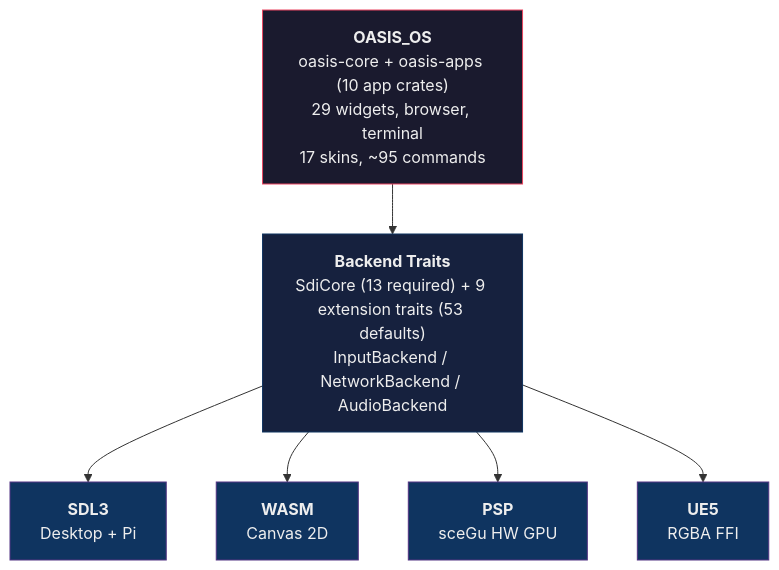
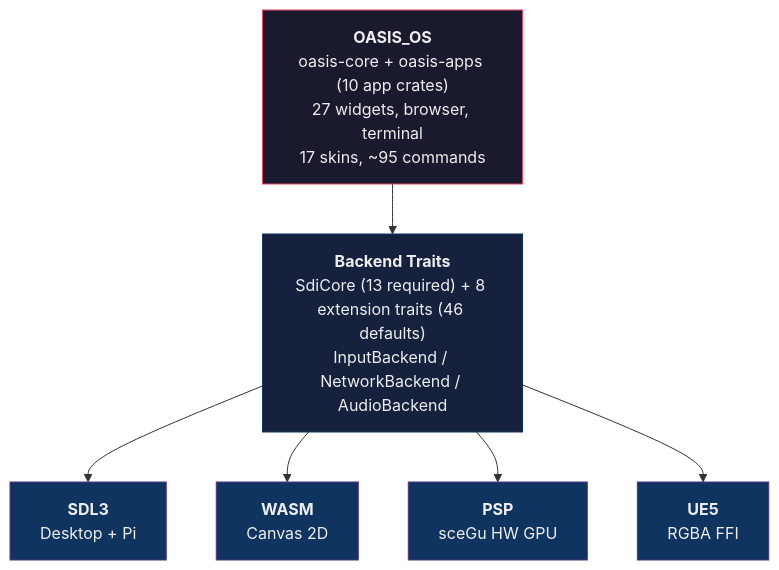
Before and after one commit to AndrewAltimit/oasis-os: the diagram in README.md, drawn with Mermaid. The commit also changed other lines of this file and 676 other files, not shown here.

````diff
--- a/README.md
+++ b/README.md
@@ -91,23 +92,23 @@
 ```mermaid
 graph TD
-    APP["<b>OASIS_OS</b><br/>oasis-core + oasis-apps (10 app crates)<br/>29 widgets, browser, terminal<br/>17 skins, ~95 commands"]
-    TRAITS["<b>Backend Traits</b><br/>SdiCore (13 required) + 9 extension traits (53 defaults)<br/>InputBackend / NetworkBackend / AudioBackend"]
+    APP["<b>OASIS_OS</b><br/>oasis-core + oasis-apps (10 app crates)<br/>27 widgets, browser, terminal<br/>17 skins, ~95 commands"]
+    TRAITS["<b>Backend Traits</b><br/>SdiCore (13 required) + 8 extension traits (46 defaults)<br/>InputBackend / NetworkBackend / AudioBackend"]
 
     SDL["<b>SDL3</b><br/>Desktop + Pi"]
     WASM["<b>WASM</b><br/>Canvas 2D"]
     PSP["<b>PSP</b><br/>sceGu HW GPU"]
     UE5["<b>UE5</b><br/>RGBA FFI"]
 
     APP --> TRAITS
     TRAITS --> SDL
     TRAITS --> WASM
     TRAITS --> PSP
     TRAITS --> UE5
 
     style APP fill:#1a1a2e,stroke:#e94560,color:#eee
     style TRAITS fill:#16213e,stroke:#0f3460,color:#eee
     style SDL fill:#0f3460,stroke:#533483,color:#eee
     style WASM fill:#0f3460,stroke:#533483,color:#eee
     style PSP fill:#0f3460,stroke:#533483,color:#eee
     style UE5 fill:#0f3460,stroke:#533483,color:#eee
 ```
````
